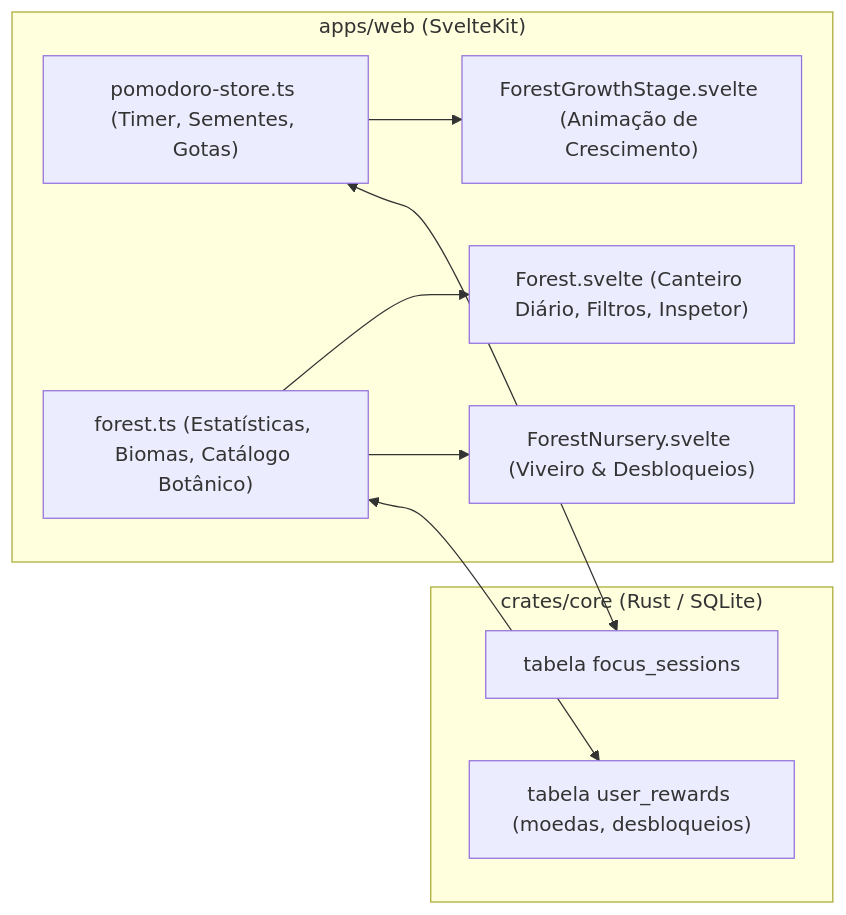
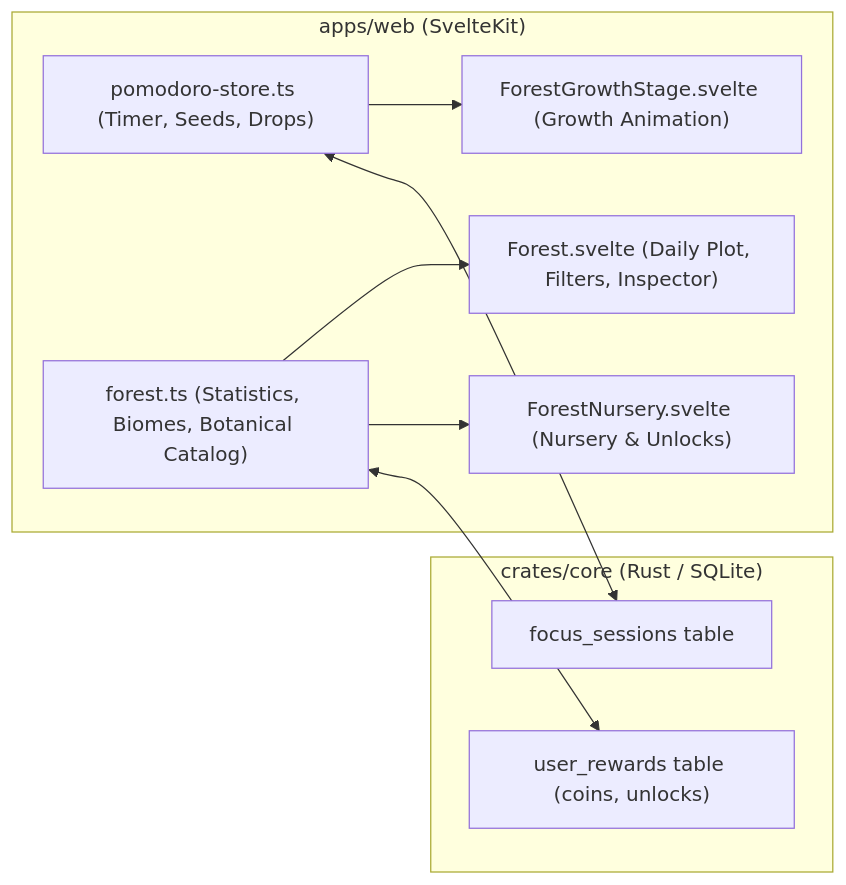
One commit to AndersonTavares0/LearnVault changed the second of 2 diagrams in docs/design/gamification-forest-research.md. Above: the diagram before and after it, drawn with Mermaid. The commit also changed other lines of this file and 5 other files, not shown here.

````diff
--- a/docs/design/gamification-forest-research.md
+++ b/docs/design/gamification-forest-research.md
@@ -86,21 +86,21 @@
 ```mermaid
 graph LR
     subgraph CoreDomain["crates/core (Rust / SQLite)"]
-        FocusTable["tabela focus_sessions"]
-        RewardsTable["tabela user_rewards (moedas, desbloqueios)"]
+        FocusTable["focus_sessions table"]
+        RewardsTable["user_rewards table (coins, unlocks)"]
     end
 
     subgraph WebSPA["apps/web (SvelteKit)"]
-        PomodoroStore["pomodoro-store.ts (Timer, Sementes, Gotas)"]
-        ForestStore["forest.ts (Estatísticas, Biomas, Catálogo Botânico)"]
-        NurseryComponent["ForestNursery.svelte (Viveiro & Desbloqueios)"]
-        LiveGrowthComponent["ForestGrowthStage.svelte (Animação de Crescimento)"]
-        ForestComponent["Forest.svelte (Canteiro Diário, Filtros, Inspetor)"]
+        PomodoroStore["pomodoro-store.ts (Timer, Seeds, Drops)"]
+        ForestStore["forest.ts (Statistics, Biomes, Botanical Catalog)"]
+        NurseryComponent["ForestNursery.svelte (Nursery & Unlocks)"]
+        LiveGrowthComponent["ForestGrowthStage.svelte (Growth Animation)"]
+        ForestComponent["Forest.svelte (Daily Plot, Filters, Inspector)"]
     end
 
     PomodoroStore <--> FocusTable
     ForestStore <--> RewardsTable
     PomodoroStore --> LiveGrowthComponent
     ForestStore --> NurseryComponent
     ForestStore --> ForestComponent
 ```
````
